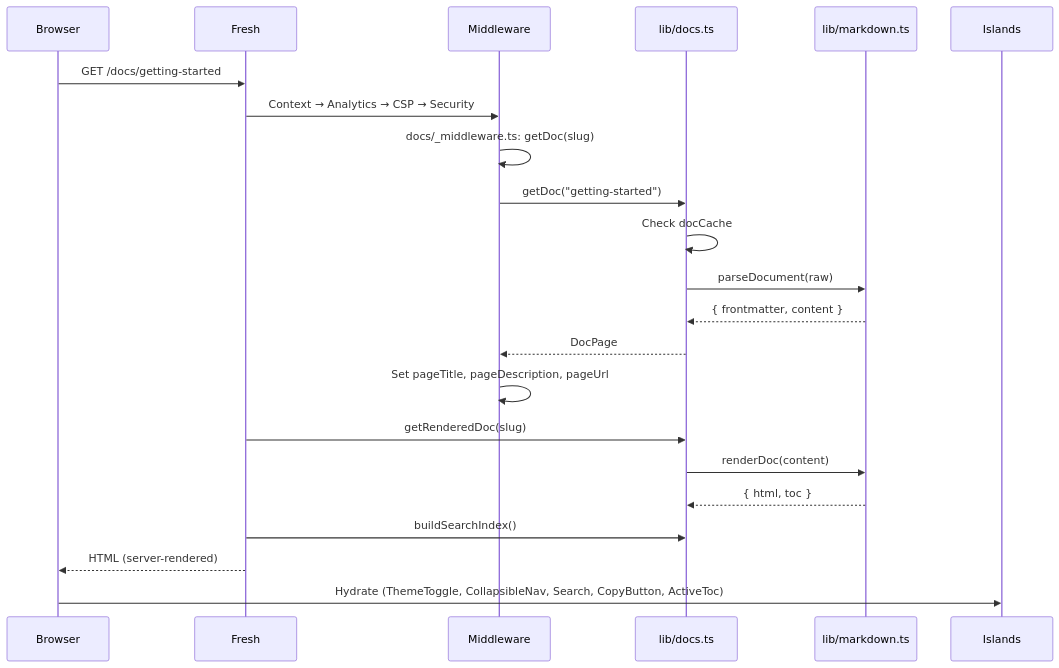
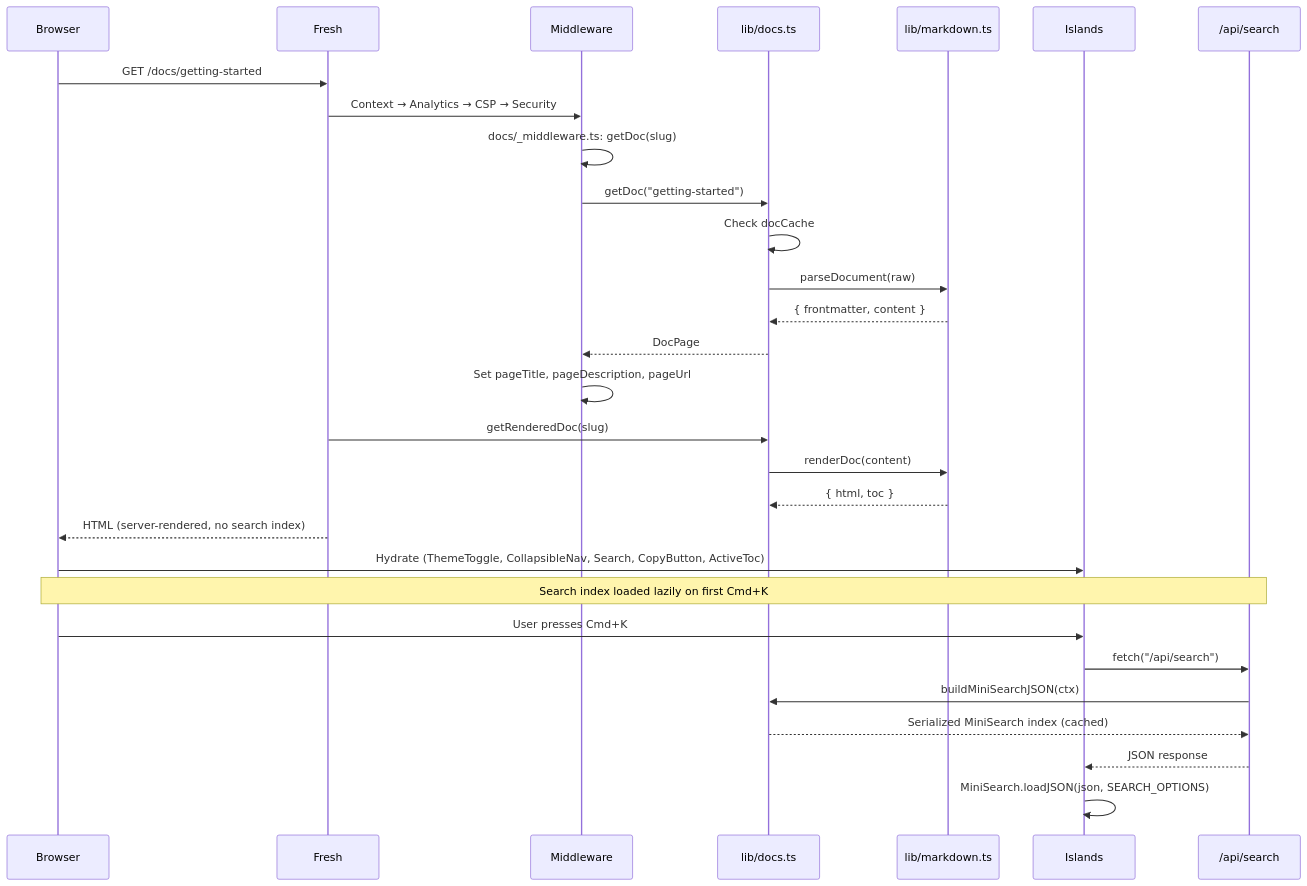
One commit to deer/denote changed the second of 5 diagrams in docs/CODEBASE_MAP.md. Above: the diagram before and after it, drawn with Mermaid. The commit also changed other lines of this file and 15 other files, not shown here.

Commit message:
feat(core): lazy-fetch search index, integrate MiniSearch (#51)

````diff
--- a/docs/CODEBASE_MAP.md
+++ b/docs/CODEBASE_MAP.md
@@ -243,25 +245,33 @@
 ```mermaid
 sequenceDiagram
     participant Browser
     participant Fresh
     participant Middleware
     participant DocsLib as lib/docs.ts
     participant Markdown as lib/markdown.ts
     participant Islands
+    participant SearchAPI as /api/search
 
     Browser->>Fresh: GET /docs/getting-started
     Fresh->>Middleware: Context → Analytics → CSP → Security
     Middleware->>Middleware: docs/_middleware.ts: getDoc(slug)
     Middleware->>DocsLib: getDoc("getting-started")
     DocsLib->>DocsLib: Check docCache
     DocsLib->>Markdown: parseDocument(raw)
     Markdown-->>DocsLib: { frontmatter, content }
     DocsLib-->>Middleware: DocPage
     Middleware->>Middleware: Set pageTitle, pageDescription, pageUrl
     Fresh->>DocsLib: getRenderedDoc(slug)
     DocsLib->>Markdown: renderDoc(content)
     Markdown-->>DocsLib: { html, toc }
-    Fresh->>DocsLib: buildSearchIndex()
-    Fresh-->>Browser: HTML (server-rendered)
+    Fresh-->>Browser: HTML (server-rendered, no search index)
     Browser->>Islands: Hydrate (ThemeToggle, CollapsibleNav, Search, CopyButton, ActiveToc)
+
+    Note over Browser,SearchAPI: Search index loaded lazily on first Cmd+K
+    Browser->>Islands: User presses Cmd+K
+    Islands->>SearchAPI: fetch("/api/search")
+    SearchAPI->>DocsLib: buildMiniSearchJSON(ctx)
+    DocsLib-->>SearchAPI: Serialized MiniSearch index (cached)
+    SearchAPI-->>Islands: JSON response
+    Islands->>Islands: MiniSearch.loadJSON(json, SEARCH_OPTIONS)
 ```
````
